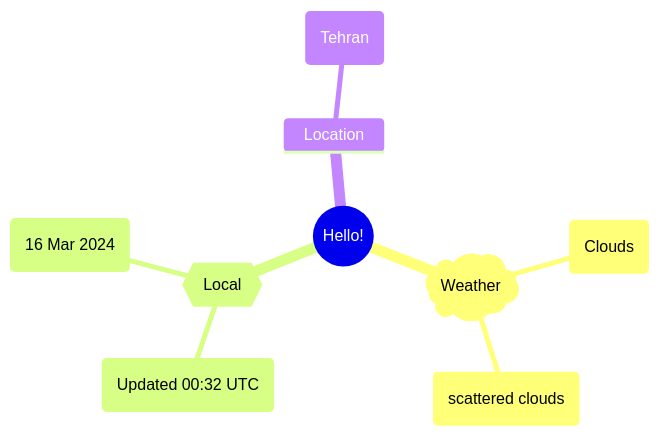
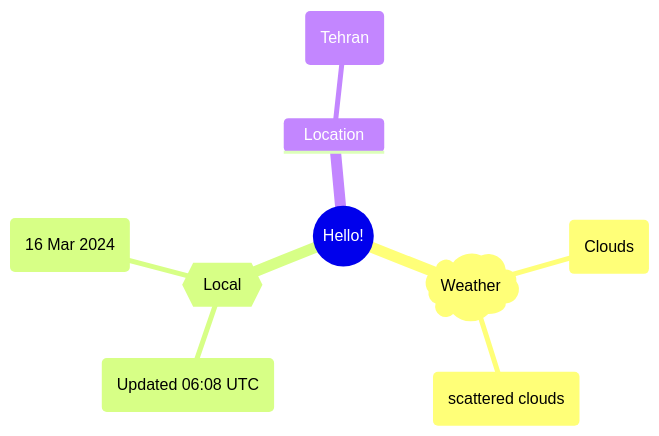
Before and after one commit to Xosrov/Xosrov: the first of 2 diagrams in README.md, drawn with Mermaid.

Commit message:
[bot] updated images

````diff
--- a/README.md
+++ b/README.md
@@ -3,12 +3,12 @@
 ```mermaid
 mindmap
   root((Hello!))
     )Weather(
         (Clouds)
         (scattered clouds)
     {{Local}}
-        (Updated 00:32 UTC)
+        (Updated 06:08 UTC)
         (16 Mar 2024)
     Location
         (Tehran)
 ```
````
